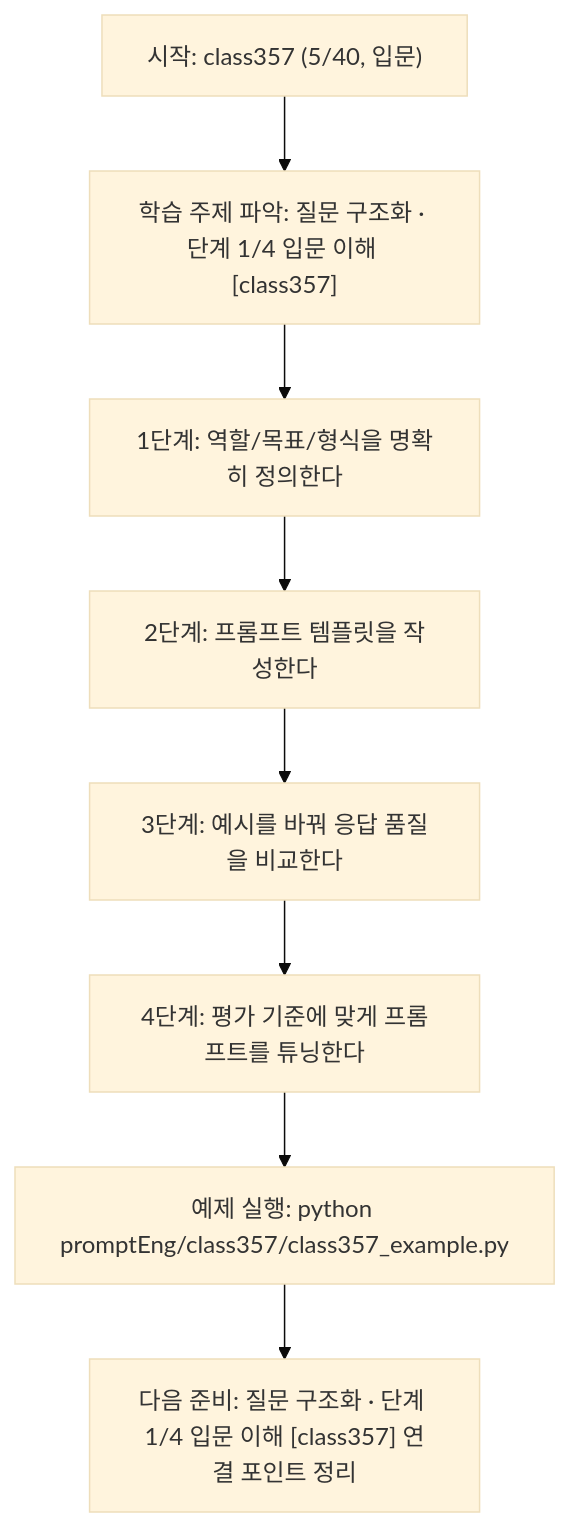
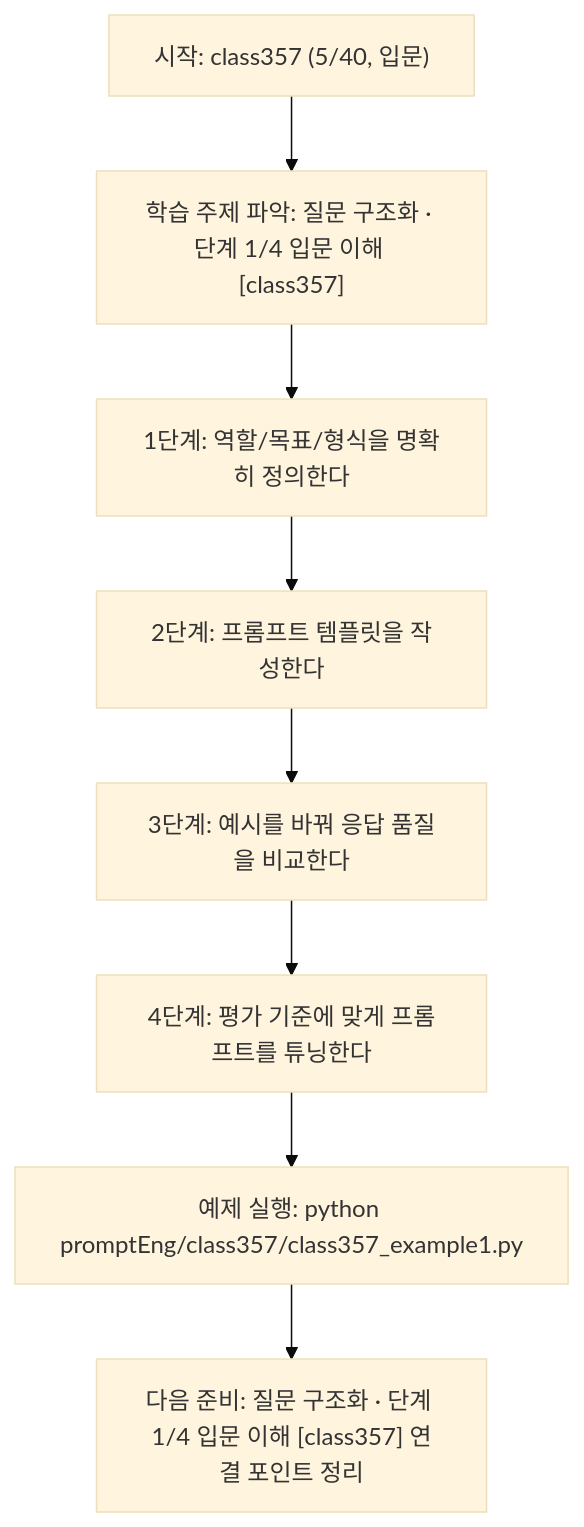
One commit to edumgt/Python-AI_Agent-Class changed the diagram in promptEng/class357/class357.md. Above: the diagram before and after it, drawn with Mermaid (base theme). The commit also changed other lines of this file and 2959 other files, not shown here.

````diff
--- a/promptEng/class357/class357.md
+++ b/promptEng/class357/class357.md
@@ -109,18 +109,18 @@
 ```mermaid
 flowchart TD
 N1["시작: class357 (5/40, 입문)"]
 N2["학습 주제 파악: 질문 구조화 · 단계 1/4 입문 이해 [class357]"]
 N3["1단계: 역할/목표/형식을 명확히 정의한다"]
 N4["2단계: 프롬프트 템플릿을 작성한다"]
 N5["3단계: 예시를 바꿔 응답 품질을 비교한다"]
 N6["4단계: 평가 기준에 맞게 프롬프트를 튜닝한다"]
-N7["예제 실행: python promptEng/class357/class357_example.py"]
+N7["예제 실행: python promptEng/class357/class357_example1.py"]
 N8["다음 준비: 질문 구조화 · 단계 1/4 입문 이해 [class357] 연결 포인트 정리"]
 N1 --> N2
 N2 --> N3
 N3 --> N4
 N4 --> N5
 N5 --> N6
 N6 --> N7
 N7 --> N8
 ```
````
